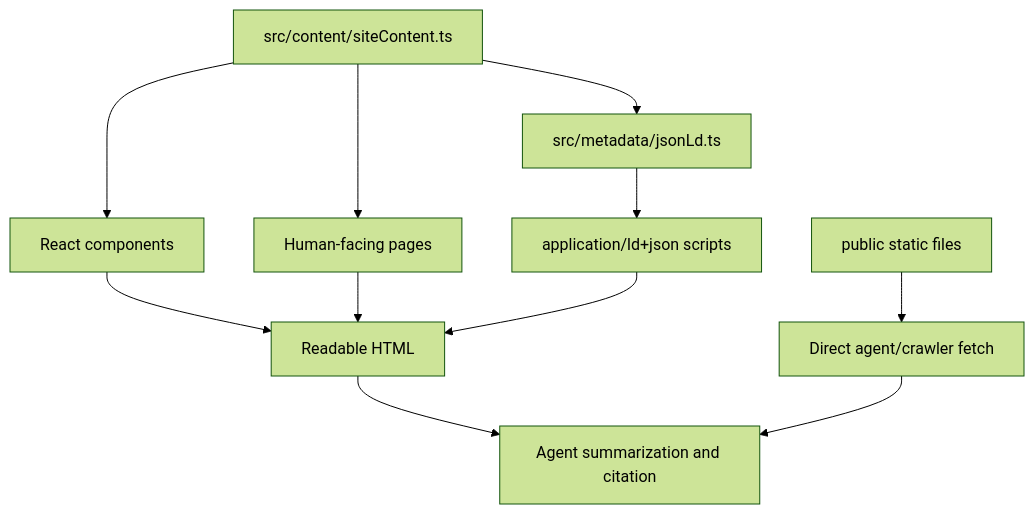
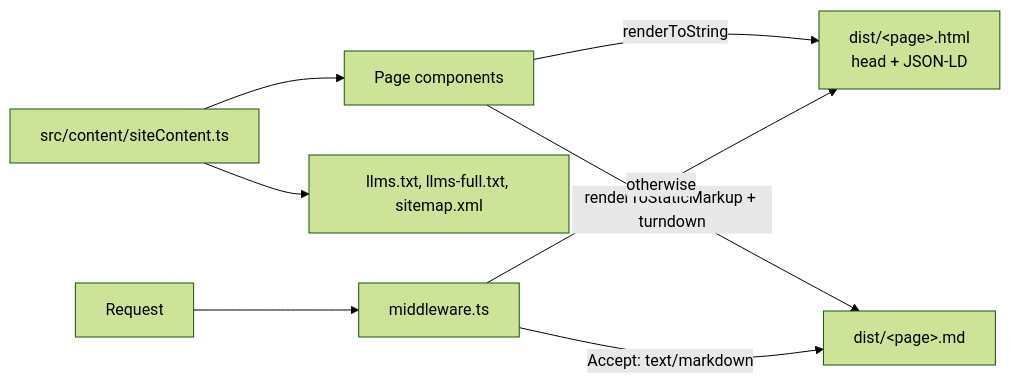
The diagram in README.md (bakertony-hash/ai-first-web-kit), drawn with Mermaid (forest theme) before and after one commit. The commit also changed other lines of this file and 10 other files, not shown here.

````diff
--- a/README.md
+++ b/README.md
@@ -119,14 +28,10 @@
 ```mermaid
-flowchart TB
-  content[src/content/siteContent.ts] --> components[React components]
-  content --> pages[Human-facing pages]
-  content --> metadata[src/metadata/jsonLd.ts]
-  metadata --> scripts[application/ld+json scripts]
-
-  public[public static files] --> directFetch[Direct agent/crawler fetch]
-  components --> html[Readable HTML]
-  pages --> html
-  scripts --> html
-  html --> agentUse[Agent summarization and citation]
-  directFetch --> agentUse
+flowchart LR
+  content[src/content/siteContent.ts] --> pages[Page components]
+  pages -->|renderToString| html["dist/&lt;page&gt;.html<br/>head + JSON-LD"]
+  pages -->|renderToStaticMarkup + turndown| md["dist/&lt;page&gt;.md"]
+  content --> files[llms.txt, llms-full.txt, sitemap.xml]
+  request[Request] --> mw[middleware.ts]
+  mw -->|Accept: text/markdown| md
+  mw -->|otherwise| html
 ```
````
